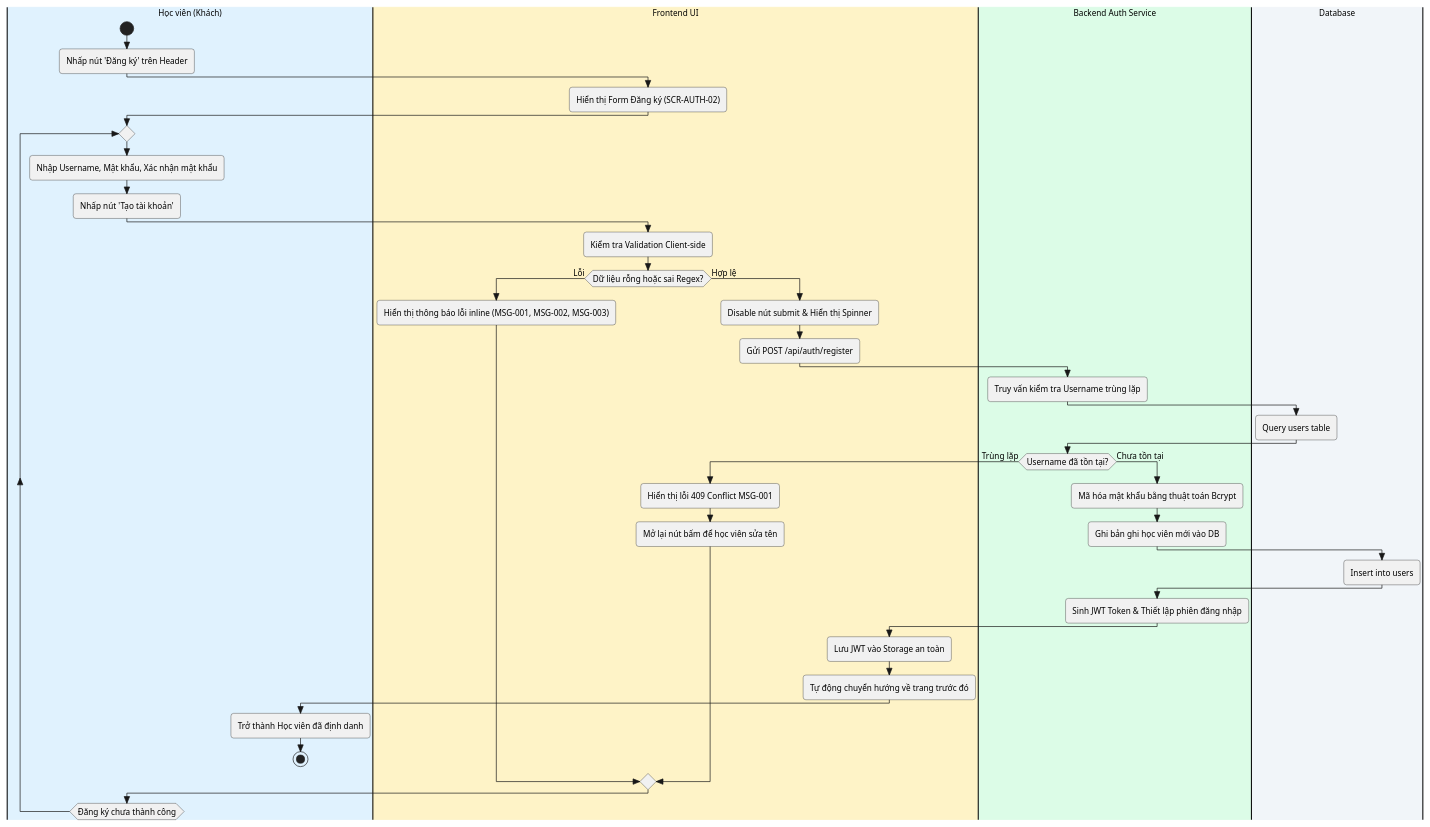
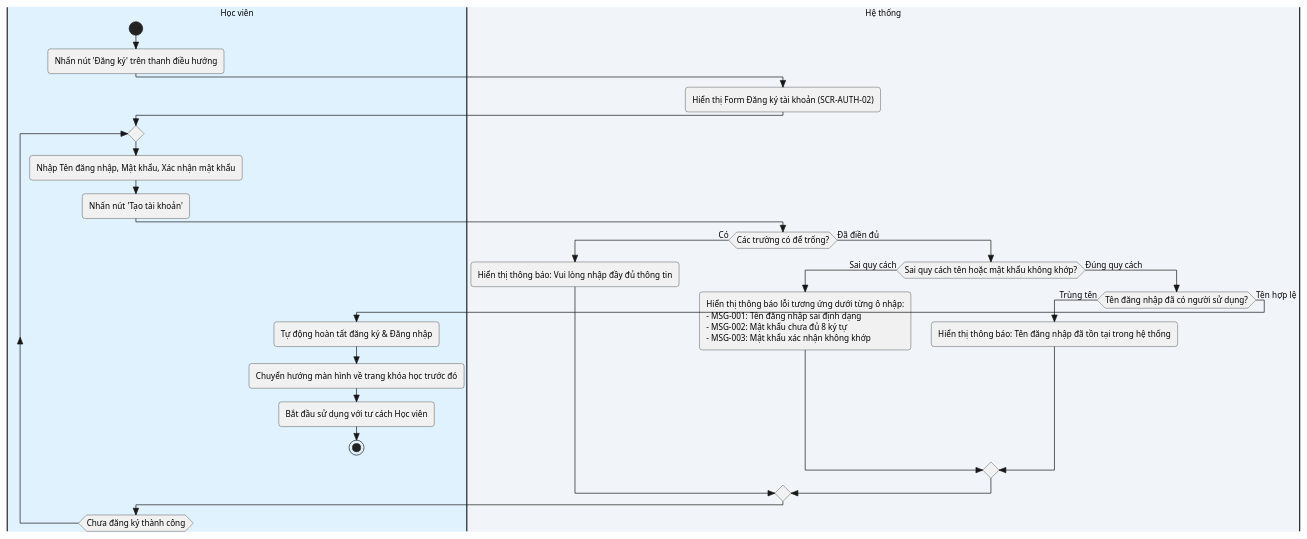
Before and after one commit to DDAnDucDuong/ansera-user-stories: the second of 7 diagrams in ACTIVITY_SWIMLANE.puml, drawn with PlantUML. The commit also changed other lines of this file, not shown here.

Commit message:
refactor: gộp các actor hệ thống thành System, chỉ thể hiện tương tác giao diện hiển thị

```diff
--- a/ACTIVITY_SWIMLANE.puml
+++ b/ACTIVITY_SWIMLANE.puml
@@ -142,59 +122,48 @@
-@startuml US_AUTH_001_Swimlane
+@startuml US_AUTH_001_Simplified
 skinparam style strictuml
 skinparam shadowing false
 skinparam roundCorner 8
 skinparam defaultFontName Arial
 skinparam defaultFontSize 12
 
-|#E0F2FE|Học viên (Khách)|
-|#FEF3C7|Frontend UI|
-|#DCFCE7|Backend Auth Service|
-|#F1F5F9|Database|
+|#E0F2FE|Học viên|
+|#F1F5F9|Hệ thống|
 
-|Học viên (Khách)|
+|Học viên|
 start
-:Nhấp nút 'Đăng ký' trên Header;
-|Frontend UI|
-:Hiển thị Form Đăng ký (SCR-AUTH-02);
+:Nhấn nút 'Đăng ký' trên thanh điều hướng;
+|Hệ thống|
+:Hiển thị Form Đăng ký tài khoản (SCR-AUTH-02);
 
-|Học viên (Khách)|
+|Học viên|
 repeat
-  :Nhập Username, Mật khẩu, Xác nhận mật khẩu;
-  :Nhấp nút 'Tạo tài khoản';
-  |Frontend UI|
-  :Kiểm tra Validation Client-side;
-  if (Dữ liệu rỗng hoặc sai Regex?) then (Lỗi)
-    :Hiển thị thông báo lỗi inline (MSG-001, MSG-002, MSG-003);
-    |Học viên (Khách)|
-  else (Hợp lệ)
-    |Frontend UI|
-    :Disable nút submit & Hiển thị Spinner;
-    :Gửi POST /api/auth/register;
-    |Backend Auth Service|
-    :Truy vấn kiểm tra Username trùng lặp;
-    |Database|
-    :Query users table;
-    |Backend Auth Service|
-    if (Username đã tồn tại?) then (Trùng lặp)
-      |Frontend UI|
-      :Hiển thị lỗi 409 Conflict MSG-001;
-      :Mở lại nút bấm để học viên sửa tên;
-      |Học viên (Khách)|
-    else (Chưa tồn tại)
-      |Backend Auth Service|
-      :Mã hóa mật khẩu bằng thuật toán Bcrypt;
-      :Ghi bản ghi học viên mới vào DB;
-      |Database|
-      :Insert into users;
-      |Backend Auth Service|
-      :Sinh JWT Token & Thiết lập phiên đăng nhập;
-      |Frontend UI|
-      :Lưu JWT vào Storage an toàn;
-      :Tự động chuyển hướng về trang trước đó;
-      |Học viên (Khách)|
-      :Trở thành Học viên đã định danh;
-      stop
+  :Nhập Tên đăng nhập, Mật khẩu, Xác nhận mật khẩu;
+  :Nhấn nút 'Tạo tài khoản';
+  |Hệ thống|
+  if (Các trường có để trống?) then (Có)
+    :Hiển thị thông báo: Vui lòng nhập đầy đủ thông tin;
+    |Học viên|
+  else (Đã điền đủ)
+    |Hệ thống|
+    if (Sai quy cách tên hoặc mật khẩu không khớp?) then (Sai quy cách)
+      :Hiển thị thông báo lỗi tương ứng dưới từng ô nhập:
+      - MSG-001: Tên đăng nhập sai định dạng
+      - MSG-002: Mật khẩu chưa đủ 8 ký tự
+      - MSG-003: Mật khẩu xác nhận không khớp;
+      |Học viên|
+    else (Đúng quy cách)
+      |Hệ thống|
+      if (Tên đăng nhập đã có người sử dụng?) then (Trùng tên)
+        :Hiển thị thông báo: Tên đăng nhập đã tồn tại trong hệ thống;
+        |Học viên|
+      else (Tên hợp lệ)
+        :Tự động hoàn tất đăng ký & Đăng nhập;
+        :Chuyển hướng màn hình về trang khóa học trước đó;
+        |Học viên|
+        :Bắt đầu sử dụng với tư cách Học viên;
+        stop
+      endif
     endif
   endif
-repeat while (Đăng ký chưa thành công)
+repeat while (Chưa đăng ký thành công)
 @enduml
```
